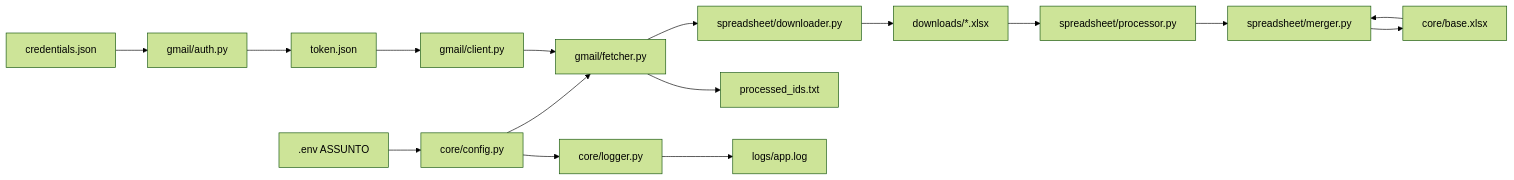
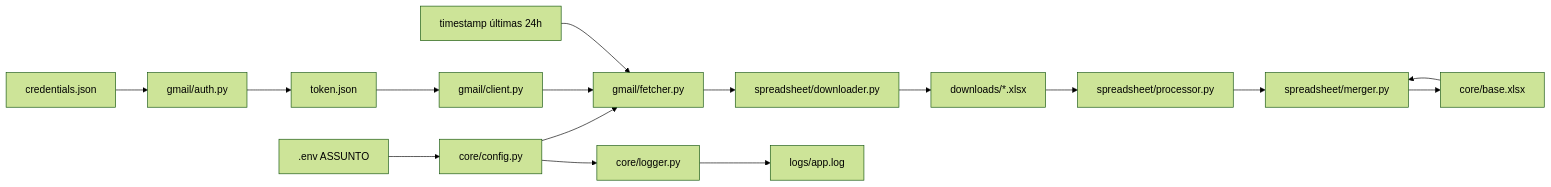
One commit to Guilherme-GVDS/gmail_xlsx changed the second of 2 diagrams in PRD.md. Above: the diagram before and after it, drawn with Mermaid (forest theme). The commit also changed other lines of this file and 18 other files, not shown here.

````diff
--- a/PRD.md
+++ b/PRD.md
@@ -187,18 +189,18 @@
 ```mermaid
 graph LR
     ENV[.env ASSUNTO] --> CONFIG[core/config.py]
     CREDS[credentials.json] --> AUTH[gmail/auth.py]
     AUTH --> TOKEN[token.json]
     TOKEN --> CLIENT[gmail/client.py]
     CONFIG --> FETCHER[gmail/fetcher.py]
     CLIENT --> FETCHER
+    TIME[timestamp últimas 24h] --> FETCHER
     FETCHER --> DOWNLOADER[spreadsheet/downloader.py]
     DOWNLOADER --> DOWNLOADS[downloads/*.xlsx]
     DOWNLOADS --> PROCESSOR[spreadsheet/processor.py]
     BASE[core/base.xlsx] --> MERGER[spreadsheet/merger.py]
     PROCESSOR --> MERGER
     MERGER --> BASE
-    FETCHER --> PROCESSED[processed_ids.txt]
     CONFIG --> LOGGER[core/logger.py]
     LOGGER --> LOGS[logs/app.log]
 ```
````
